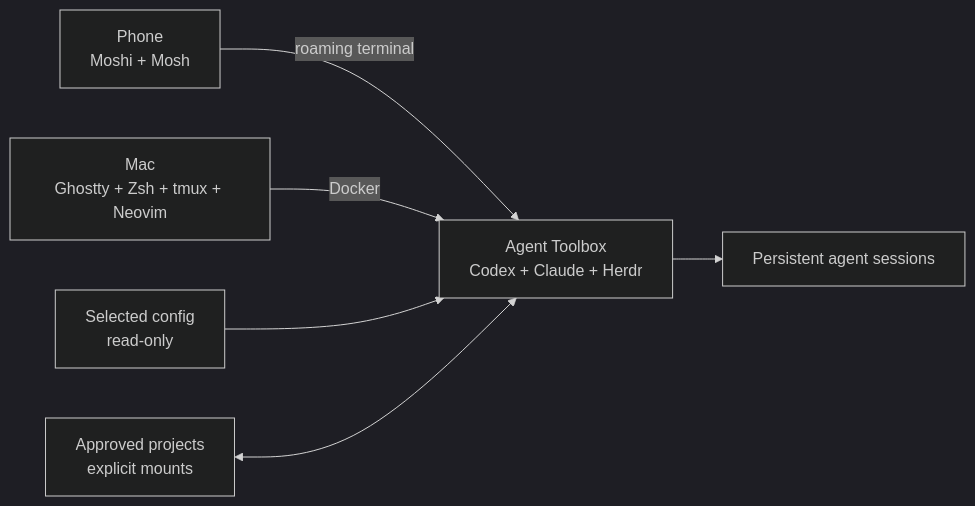
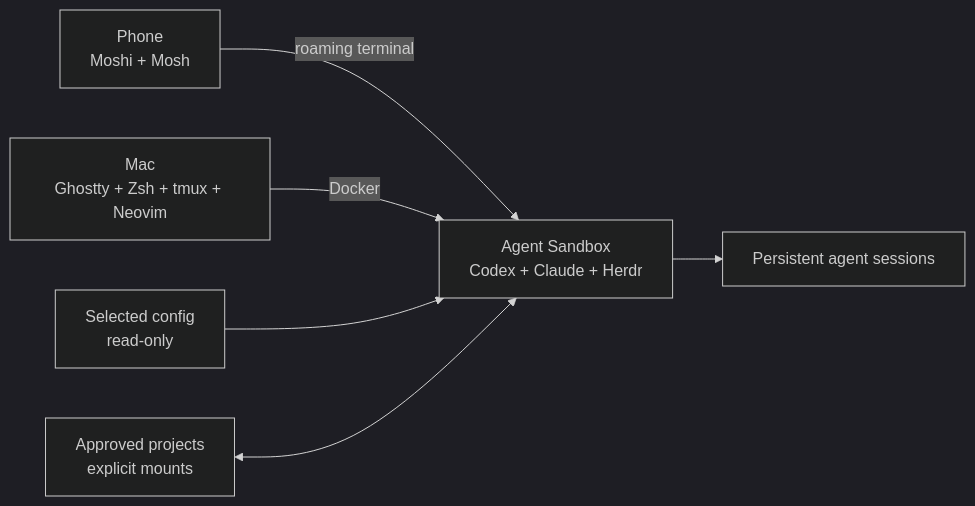
The diagram in README.md (ukchucktown/dotfiles), drawn with Mermaid (dark theme) before and after one commit. The commit also changed other lines of this file and 12 other files, not shown here.

First line of the commit message:
Rename Agent Toolbox config to Agent Sandbox

````diff
--- a/README.md
+++ b/README.md
@@ -25,8 +25,8 @@
 ```mermaid
 flowchart LR
-    phone["Phone<br/>Moshi + Mosh"] -->|"roaming terminal"| toolbox
-    mac["Mac<br/>Ghostty + Zsh + tmux + Neovim"] -->|"Docker"| toolbox["Agent Toolbox<br/>Codex + Claude + Herdr"]
-    config["Selected config<br/>read-only"] --> toolbox
-    projects["Approved projects<br/>explicit mounts"] <--> toolbox
-    toolbox --> sessions["Persistent agent sessions"]
+    phone["Phone<br/>Moshi + Mosh"] -->|"roaming terminal"| sandbox
+    mac["Mac<br/>Ghostty + Zsh + tmux + Neovim"] -->|"Docker"| sandbox["Agent Sandbox<br/>Codex + Claude + Herdr"]
+    config["Selected config<br/>read-only"] --> sandbox
+    projects["Approved projects<br/>explicit mounts"] <--> sandbox
+    sandbox --> sessions["Persistent agent sessions"]
 ```
````
